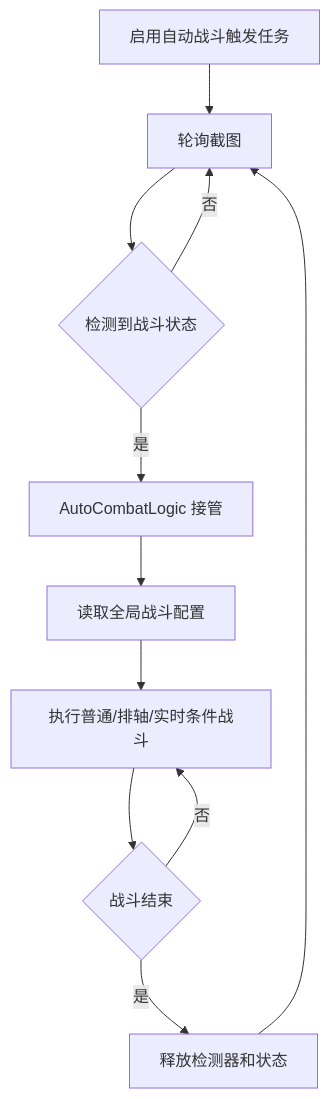
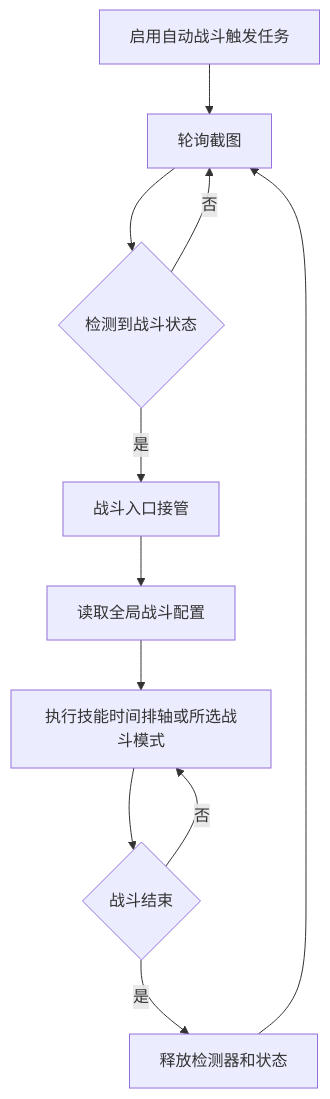
The diagram in docs/zh-CN/自动战斗.md (AliceJump/ok-end-field), drawn with Mermaid before and after one commit. The commit also changed other lines of this file and 53 other files, not shown here.

````diff
--- a/docs/zh-CN/自动战斗.md
+++ b/docs/zh-CN/自动战斗.md
@@ -13,13 +13,13 @@
 ```mermaid
 flowchart TD
     A[启用自动战斗触发任务] --> B[轮询截图]
     B --> C{检测到战斗状态}
     C -->|否| B
-    C -->|是| D[AutoCombatLogic 接管]
+    C -->|是| D[战斗入口接管]
     D --> E[读取全局战斗配置]
-    E --> F[执行普通/排轴/实时条件战斗]
+    E --> F[执行技能时间排轴或所选战斗模式]
     F --> G{战斗结束}
     G -->|否| F
     G -->|是| H[释放检测器和状态]
     H --> B
 ```
````
